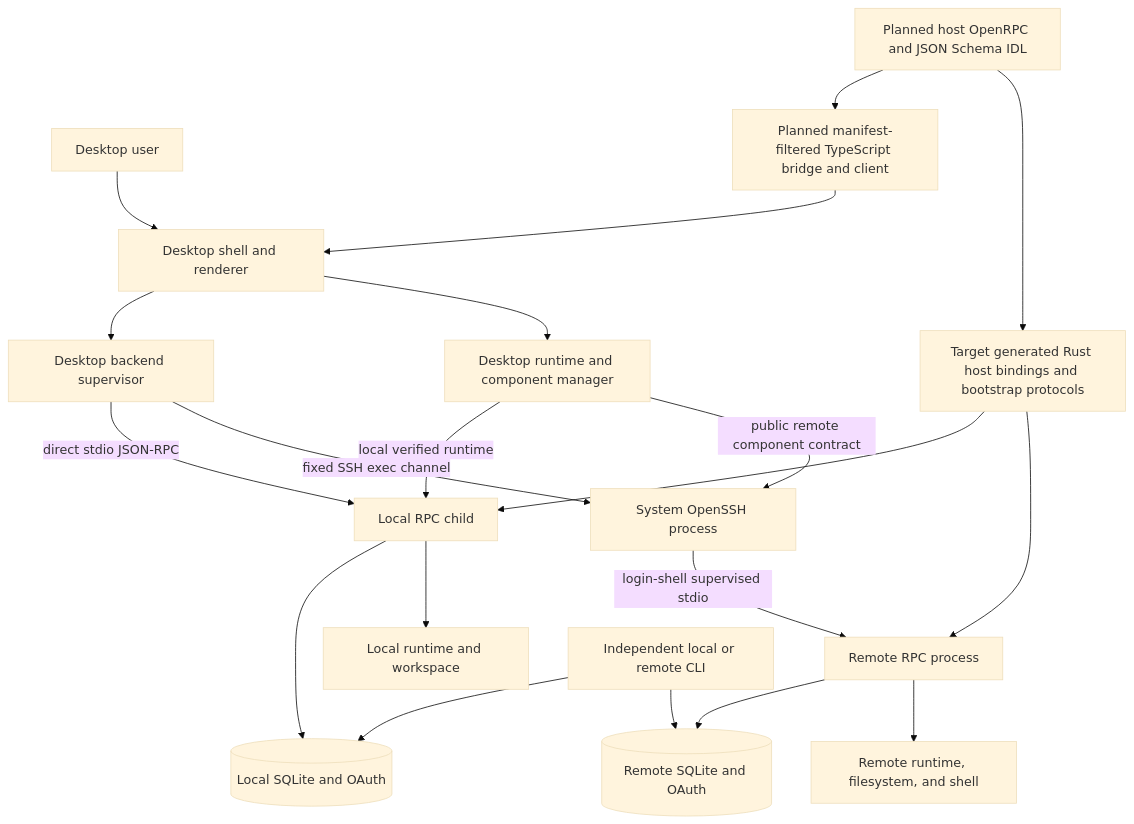
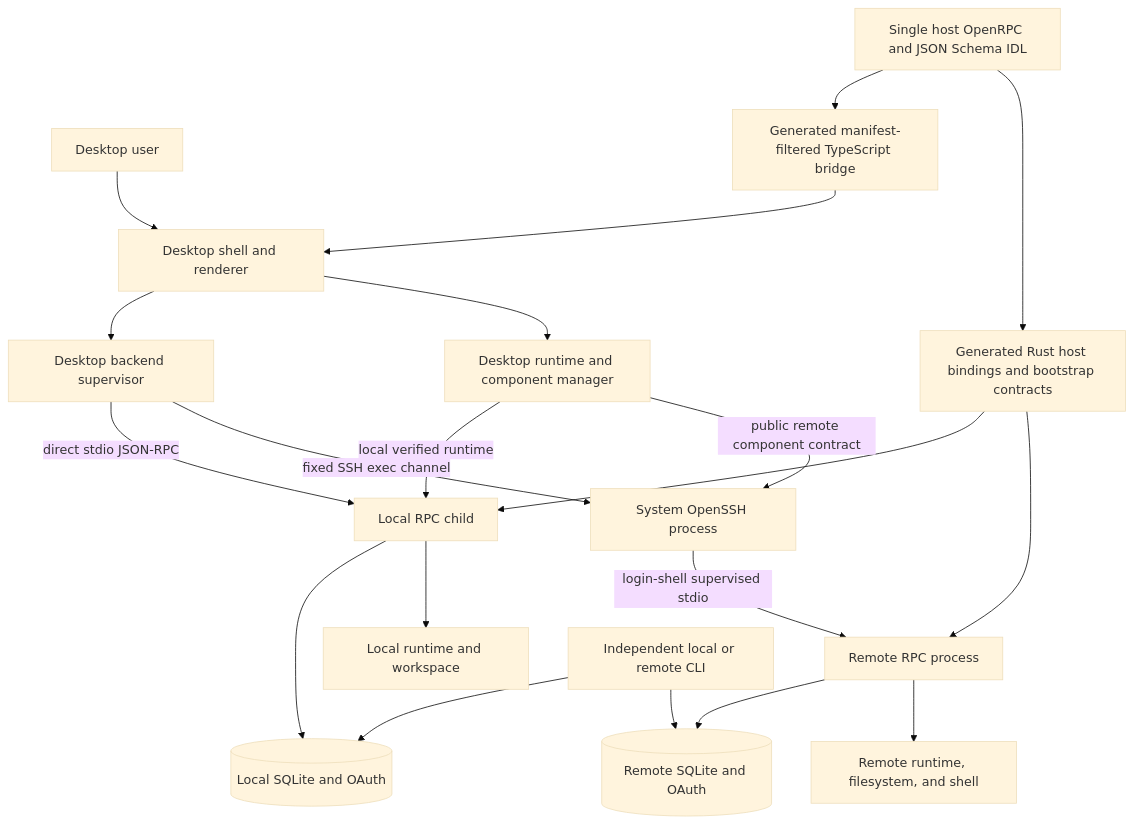
One commit to Wh1isper/starweaver changed the diagram in spec/desktop/README.md. Above: the diagram before and after it, drawn with Mermaid (base theme). The commit also changed other lines of this file and 209 other files, not shown here.

First line of the commit message:
feat(rpc): adopt generated host protocol boundary (#87)

````diff
--- a/spec/desktop/README.md
+++ b/spec/desktop/README.md
@@ -63,38 +66,38 @@
 ```mermaid
 flowchart TD
     user[Desktop user]
     shell[Desktop shell and renderer]
     supervisor[Desktop backend supervisor]
     updater[Desktop runtime and component manager]
     local_rpc[Local RPC child]
     ssh[System OpenSSH process]
     remote_rpc[Remote RPC process]
-    host_idl[Planned host OpenRPC and JSON Schema IDL]
-    ts_client[Planned manifest-filtered TypeScript bridge and client]
-    rpc_core[Target generated Rust host bindings and bootstrap protocols]
+    host_idl[Single host OpenRPC and JSON Schema IDL]
+    ts_client[Generated manifest-filtered TypeScript bridge]
+    rpc_core[Generated Rust host bindings and bootstrap contracts]
     local_store[(Local SQLite and OAuth)]
     remote_store[(Remote SQLite and OAuth)]
     local_runtime[Local runtime and workspace]
     remote_runtime[Remote runtime, filesystem, and shell]
     cli[Independent local or remote CLI]
 
     user --> shell
     host_idl --> ts_client
     host_idl --> rpc_core
     ts_client --> shell
     shell --> supervisor
     shell --> updater
     supervisor -->|direct stdio JSON-RPC| local_rpc
     supervisor -->|fixed SSH exec channel| ssh
     ssh -->|login-shell supervised stdio| remote_rpc
     updater -->|local verified runtime| local_rpc
     updater -->|public remote component contract| ssh
     rpc_core --> local_rpc
     rpc_core --> remote_rpc
     local_rpc --> local_store
     local_rpc --> local_runtime
     remote_rpc --> remote_store
     remote_rpc --> remote_runtime
     cli --> local_store
     cli --> remote_store
 ```
````
